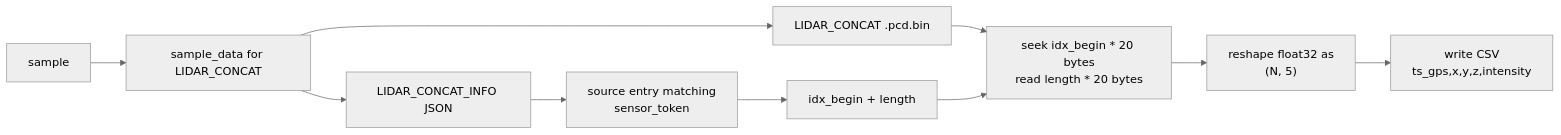
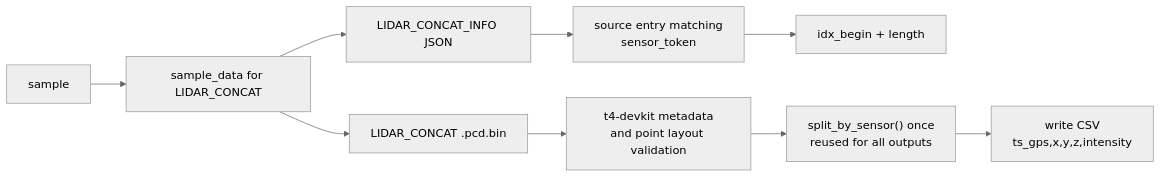
The sixth of 8 diagrams in docs/tier_iv_t4_extractor_to_kognic.md (tier4/tier4_perception_dataset), drawn with Mermaid (neutral theme) before and after one commit. The commit also changed other lines of this file, not shown here.

Commit message:
docs: updated documentations to folow the current t4devkit-based process

````diff
--- a/docs/tier_iv_t4_extractor_to_kognic.md
+++ b/docs/tier_iv_t4_extractor_to_kognic.md
@@ -271,18 +271,17 @@
 ```mermaid
 flowchart LR
   Sample["sample"]
   SD["sample_data for LIDAR_CONCAT"]
   Info["LIDAR_CONCAT_INFO JSON"]
   Source["source entry matching<br/>sensor_token"]
   Range["idx_begin + length"]
   Bin["LIDAR_CONCAT .pcd.bin"]
-  Read["seek idx_begin * 20 bytes<br/>read length * 20 bytes"]
-  Parse["reshape float32 as<br/>(N, 5)"]
+  Validate["t4-devkit metadata<br/>and point layout validation"]
+  Split["split_by_sensor() once<br/>reused for all outputs"]
   Csv["write CSV<br/>ts_gps,x,y,z,intensity"]
 
   Sample --> SD
   SD --> Info
   Info --> Source --> Range
-  SD --> Bin --> Read
-  Range --> Read --> Parse --> Csv
+  SD --> Bin --> Validate --> Split --> Csv
 ```
````
